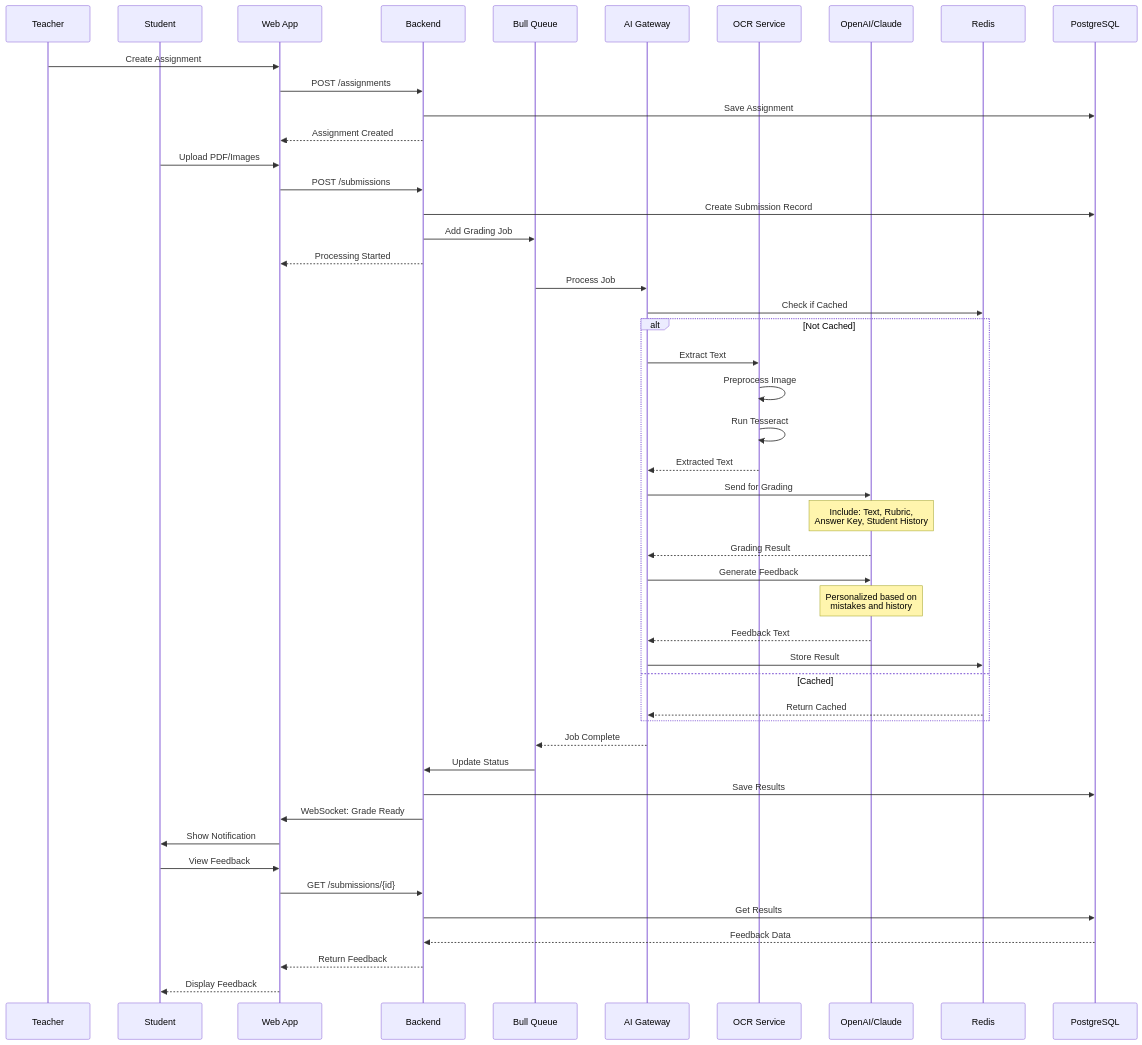
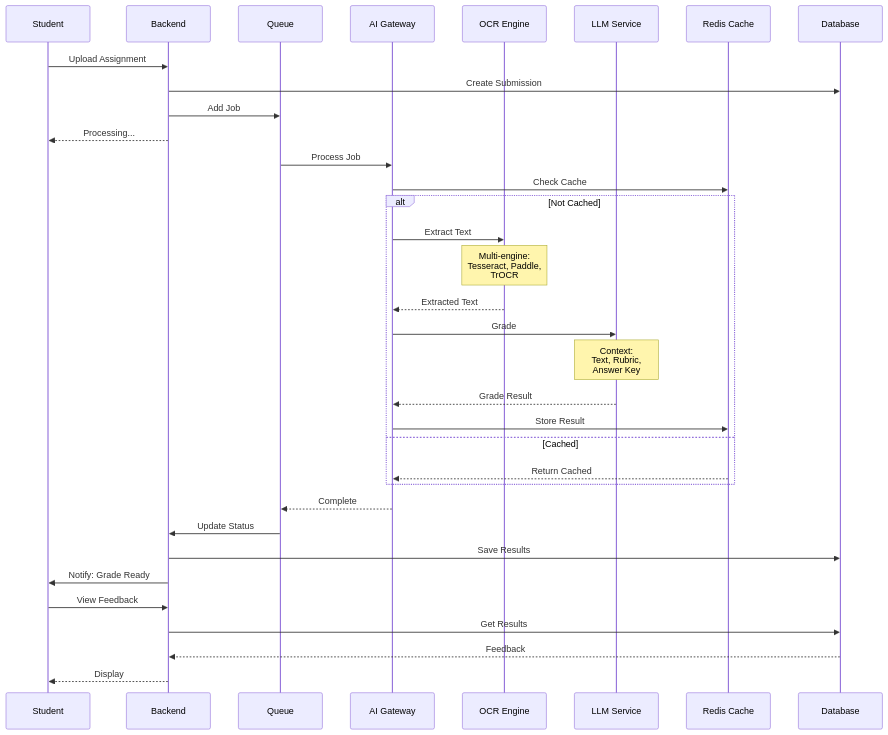
Before and after one commit to abdulrahman-riyad/Co-Learn: the sixth of 12 diagrams in diagrams-and-docs/mvp-documentation.md, drawn with Mermaid. The commit also changed other lines of this file and 31 other files, not shown here.

Commit message:
diagrams updated

````diff
--- a/diagrams-and-docs/mvp-documentation.md
+++ b/diagrams-and-docs/mvp-documentation.md
@@ -495,63 +336,43 @@
 ```mermaid
 sequenceDiagram
-    participant T as Teacher
     participant S as Student
-    participant W as Web App
-    participant API as Backend
-    participant Queue as Bull Queue
+    participant B as Backend
+    participant Q as Queue
     participant AI as AI Gateway
-    participant OCR as OCR Service
-    participant LLM as OpenAI/Claude
-    participant Cache as Redis
-    participant DB as PostgreSQL
+    participant OCR as OCR Engine
+    participant LLM as LLM Service
+    participant Cache as Redis Cache
+    participant DB as Database
     
-    %% Teacher Creates Assignment
-    T->>W: Create Assignment
-    W->>API: POST /assignments
-    API->>DB: Save Assignment
-    API-->>W: Assignment Created
+    S->>B: Upload Assignment
+    B->>DB: Create Submission
+    B->>Q: Add Job
+    B-->>S: Processing...
     
-    %% Student Submits
-    S->>W: Upload PDF/Images
-    W->>API: POST /submissions
-    API->>DB: Create Submission Record
-    API->>Queue: Add Grading Job
-    API-->>W: Processing Started
+    Q->>AI: Process Job
+    AI->>Cache: Check Cache
     
-    %% Async Processing
-    Queue->>AI: Process Job
-    
-    AI->>Cache: Check if Cached
     alt Not Cached
         AI->>OCR: Extract Text
-        OCR->>OCR: Preprocess Image
-        OCR->>OCR: Run Tesseract
+        Note over OCR: Multi-engine:<br/>Tesseract, Paddle,<br/>TrOCR
         OCR-->>AI: Extracted Text
         
-        AI->>LLM: Send for Grading
-        Note over LLM: Include: Text, Rubric,<br/>Answer Key, Student History
-        LLM-->>AI: Grading Result
-        
-        AI->>LLM: Generate Feedback
-        Note over LLM: Personalized based on<br/>mistakes and history
-        LLM-->>AI: Feedback Text
+        AI->>LLM: Grade
+        Note over LLM: Context:<br/>Text, Rubric,<br/>Answer Key
+        LLM-->>AI: Grade Result
         
         AI->>Cache: Store Result
     else Cached
         Cache-->>AI: Return Cached
     end
     
-    AI-->>Queue: Job Complete
-    Queue->>API: Update Status
-    API->>DB: Save Results
-    API->>W: WebSocket: Grade Ready
-    W->>S: Show Notification
+    AI-->>Q: Complete
+    Q->>B: Update Status
+    B->>DB: Save Results
+    B->>S: Notify: Grade Ready
     
-    %% Student Views Feedback
-    S->>W: View Feedback
-    W->>API: GET /submissions/{id}
-    API->>DB: Get Results
-    DB-->>API: Feedback Data
-    API-->>W: Return Feedback
-    W-->>S: Display Feedback
+    S->>B: View Feedback
+    B->>DB: Get Results
+    DB-->>B: Feedback
+    B-->>S: Display
 ```
````
